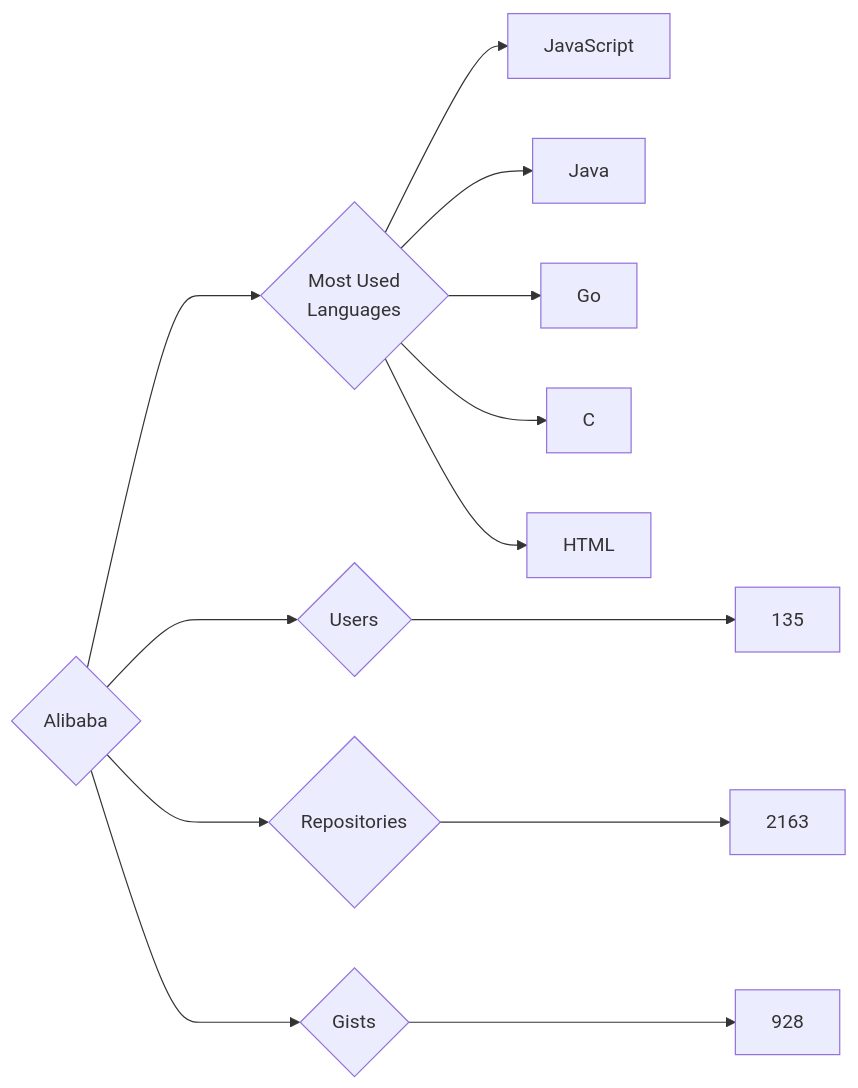
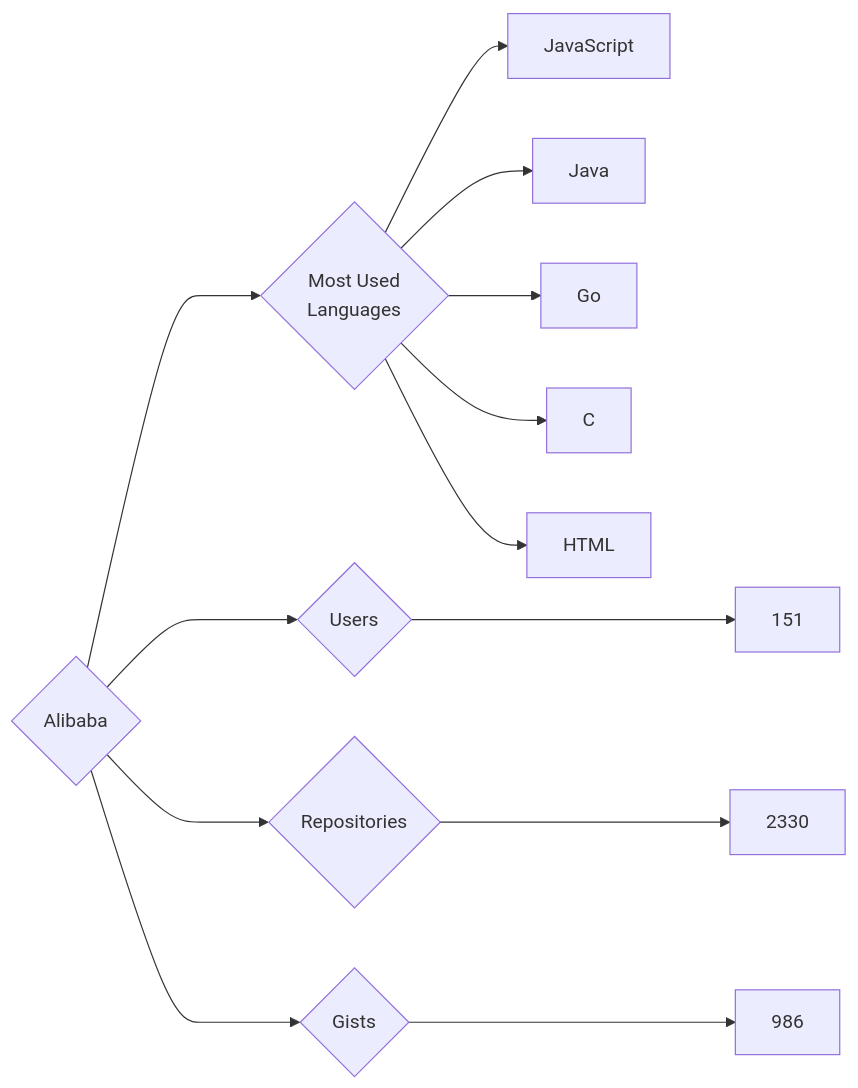
Before and after one commit to trickest/insiders: the diagram in targets/Alibaba/README.md, drawn with Mermaid. The commit also changed 861 other files, not shown here.

````diff
--- a/targets/Alibaba/README.md
+++ b/targets/Alibaba/README.md
@@ -3,13 +3,13 @@
 ```mermaid
 graph LR
 COMPANY_NAME{Alibaba}
-COMPANY_NAME ---> U{Users} ---> UN[135]
-COMPANY_NAME ---> R{Repositories} ---> RN[2163]
-COMPANY_NAME ---> G{Gists} ---> GN[928]
+COMPANY_NAME ---> U{Users} ---> UN[151]
+COMPANY_NAME ---> R{Repositories} ---> RN[2330]
+COMPANY_NAME ---> G{Gists} ---> GN[986]
 COMPANY_NAME ---> ML{Most Used<br>Languages}
 ML --> JavaScript[JavaScript]
 ML --> Java[Java]
 ML --> Go[Go]
 ML --> C[C]
 ML --> HTML[HTML]
 ```
````
